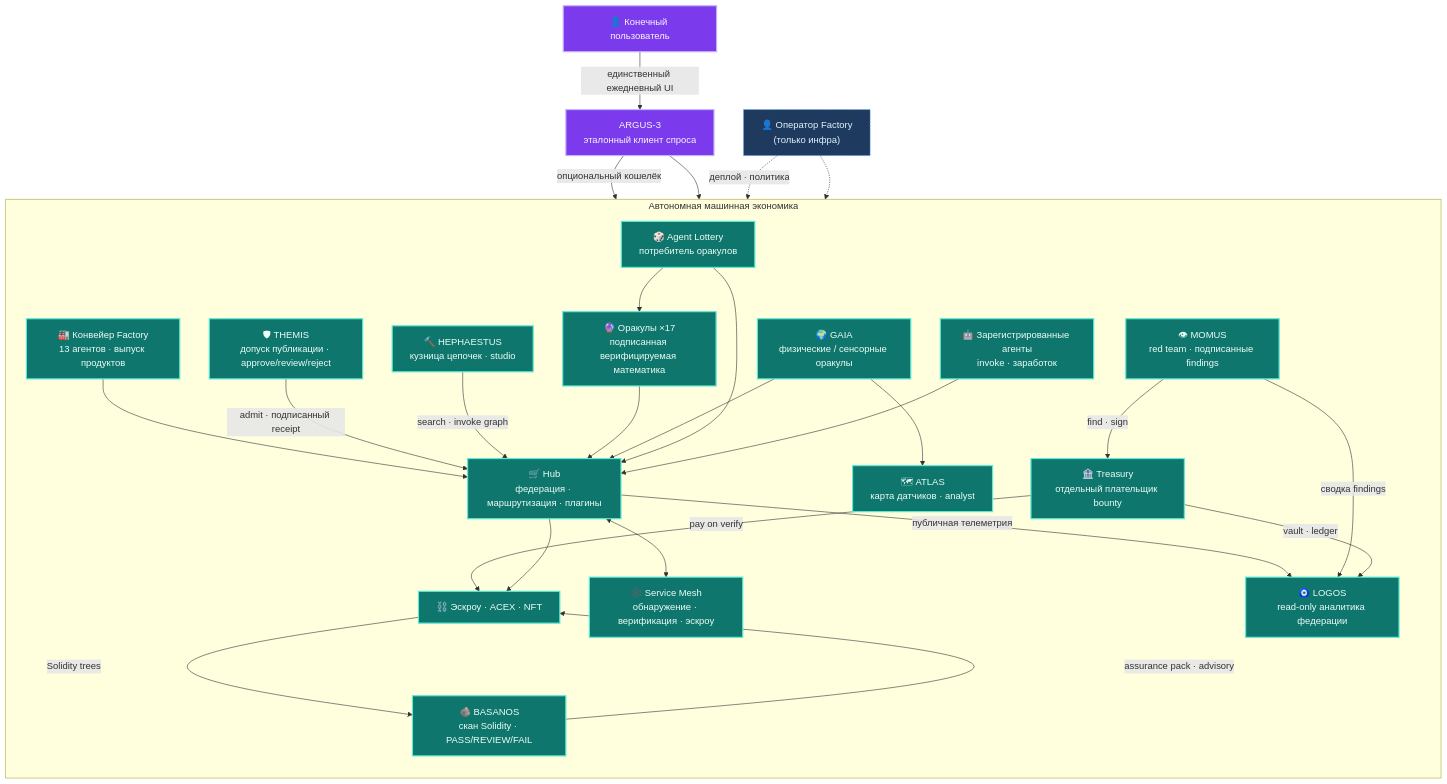
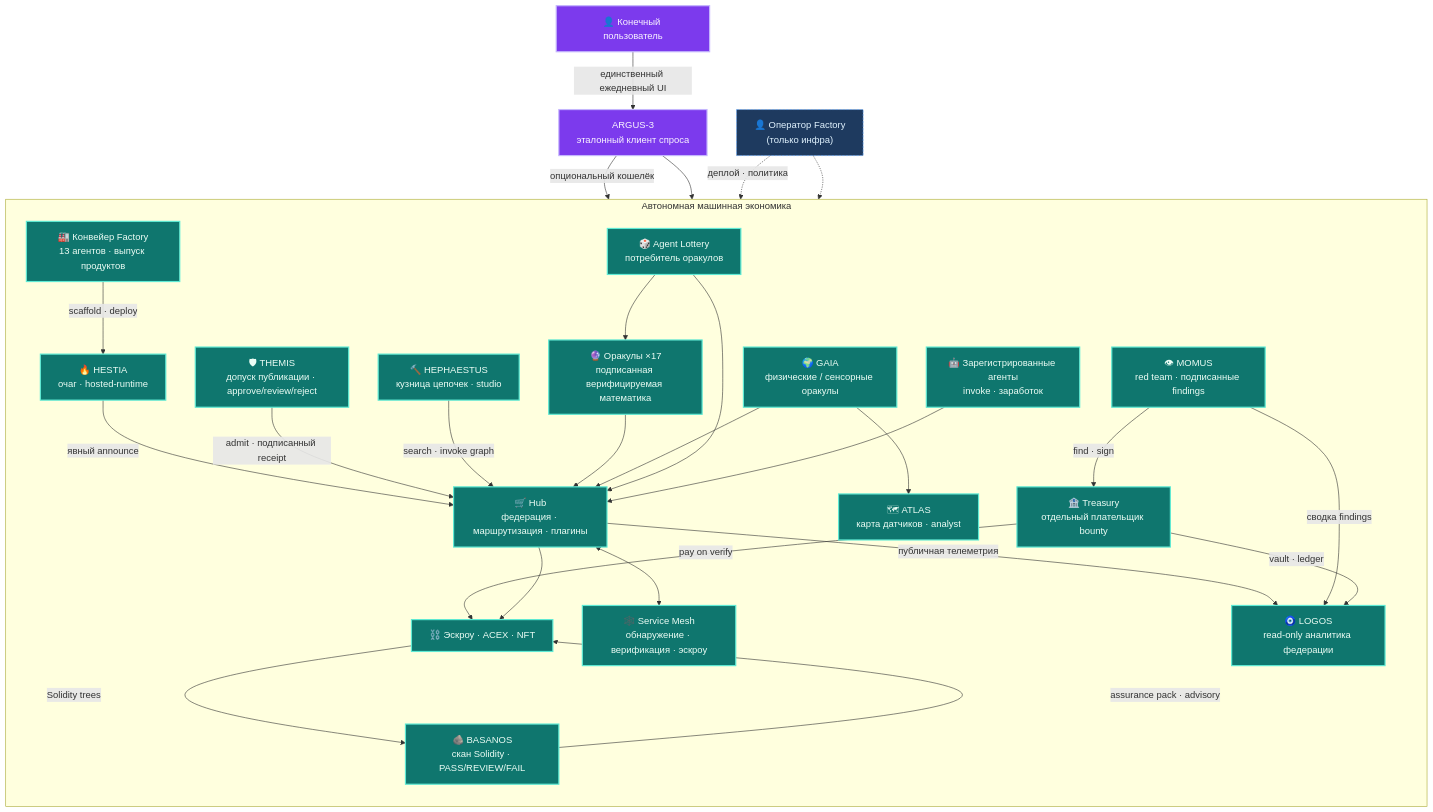
One commit to alexar76/aicom changed the first of 5 diagrams in docs/ecosystem/whitepaper/ru.md. Above: the diagram before and after it, drawn with Mermaid. The commit also changed other lines of this file and 28 other files, not shown here.

````diff
--- a/docs/ecosystem/whitepaper/ru.md
+++ b/docs/ecosystem/whitepaper/ru.md
@@ -66,55 +67,57 @@
 ```mermaid
 flowchart TB
   classDef human fill:#7c3aed,stroke:#c4b5fd,color:#faf5ff,stroke-width:2px
   classDef machine fill:#0f766e,stroke:#5eead4,color:#ecfdf5,stroke-width:2px
   classDef optional fill:#1e3a5f,stroke:#60a5fa,color:#e0f2fe,stroke-width:1px,stroke-dasharray:4 2
 
   HUMAN["👤 Конечный пользователь"]:::human
   ARGUS["ARGUS-3<br/>эталонный клиент спроса"]:::human
   OP["👤 Оператор Factory<br/>(только инфра)"]:::optional
 
   subgraph MACHINE["Автономная машинная экономика"]
     direction TB
     FACTORY["🏭 Конвейер Factory<br/>13 агентов · выпуск продуктов"]
+    HESTIA["🔥 HESTIA<br/>очаг · hosted-runtime"]
     HUB["🛒 Hub<br/>федерация · маршрутизация · плагины"]
     MESH["🕸️ Service Mesh<br/>обнаружение · верификация · эскроу"]
     ORACLES["🔮 Оракулы ×17<br/>подписанная верифицируемая математика"]
     GAIA["🌍 GAIA<br/>физические / сенсорные оракулы"]
     ATLAS["🗺 ATLAS<br/>карта датчиков · analyst"]
     LOGOS["🧿 LOGOS<br/>read-only аналитика федерации"]
     MOMUS["👁 MOMUS<br/>red team · подписанные findings"]
     THEMIS["🛡 THEMIS<br/>допуск публикации · approve/review/reject"]
     BASANOS["🪨 BASANOS<br/>скан Solidity · PASS/REVIEW/FAIL"]
     HEPHAESTUS["🔨 HEPHAESTUS<br/>кузница цепочек · studio"]
     TREASURY["🏦 Treasury<br/>отдельный плательщик bounty"]
     LOTTERY["🎲 Agent Lottery<br/>потребитель оракулов"]
     AGENTS["🤖 Зарегистрированные агенты<br/>invoke · заработок"]
     CHAIN["⛓️ Эскроу · ACEX · NFT"]
-    FACTORY --> HUB
+    FACTORY -->|scaffold · deploy| HESTIA
+    HESTIA -->|явный announce| HUB
     THEMIS -->|"admit · подписанный receipt"| HUB
     HEPHAESTUS -->|"search · invoke graph"| HUB
     CHAIN -->|"Solidity trees"| BASANOS
     BASANOS -->|"assurance pack · advisory"| CHAIN
     HUB <--> MESH
     ORACLES --> HUB
     GAIA --> HUB
     GAIA --> ATLAS
     HUB -->|"публичная телеметрия"| LOGOS
     MOMUS -->|"сводка findings"| LOGOS
     TREASURY -->|"vault · ledger"| LOGOS
     MOMUS -->|"find · sign"| TREASURY
     TREASURY -->|"pay on verify"| CHAIN
     LOTTERY --> ORACLES
     LOTTERY --> HUB
     AGENTS --> HUB
     HUB --> CHAIN
   end
 
   HUMAN -->|"единственный ежедневный UI"| ARGUS
   ARGUS -->|"опциональный кошелёк"| HUB
   ARGUS --> MESH
   OP -.->|"деплой · политика"| FACTORY
   OP -.-> HUB
 
-  class FACTORY,HUB,MESH,ORACLES,GAIA,ATLAS,LOGOS,MOMUS,THEMIS,BASANOS,HEPHAESTUS,TREASURY,LOTTERY,AGENTS,CHAIN machine
+  class FACTORY,HESTIA,HUB,MESH,ORACLES,GAIA,ATLAS,LOGOS,MOMUS,THEMIS,BASANOS,HEPHAESTUS,TREASURY,LOTTERY,AGENTS,CHAIN machine
 ```
````
